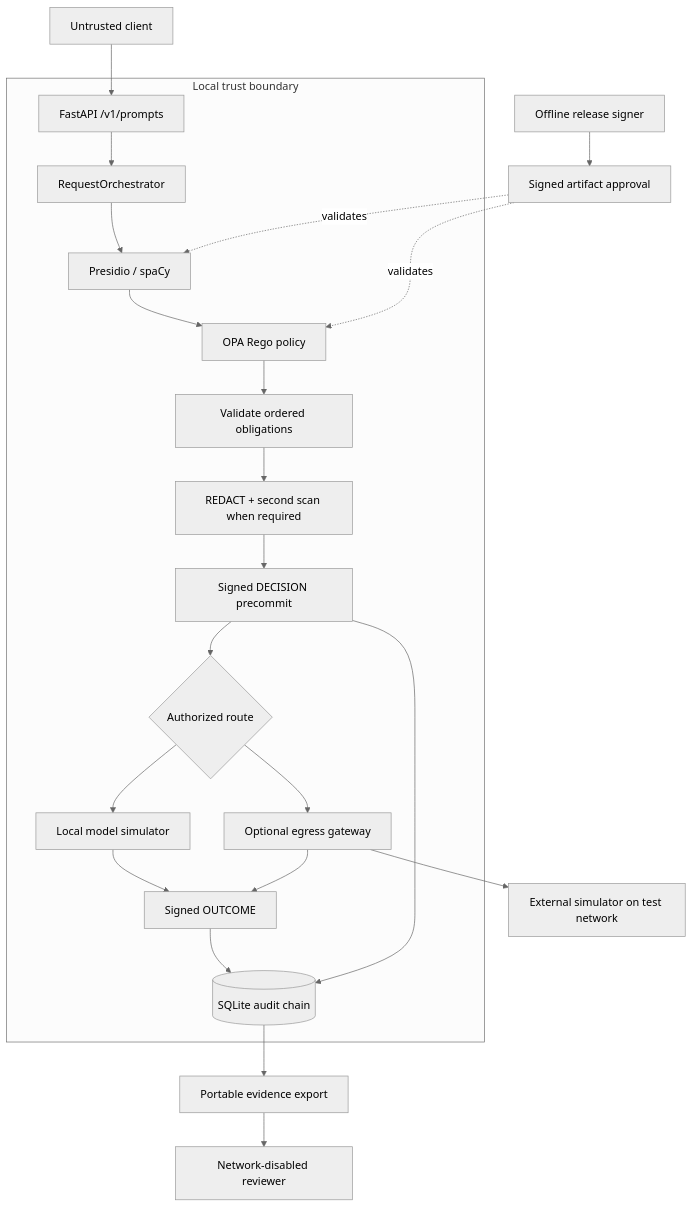
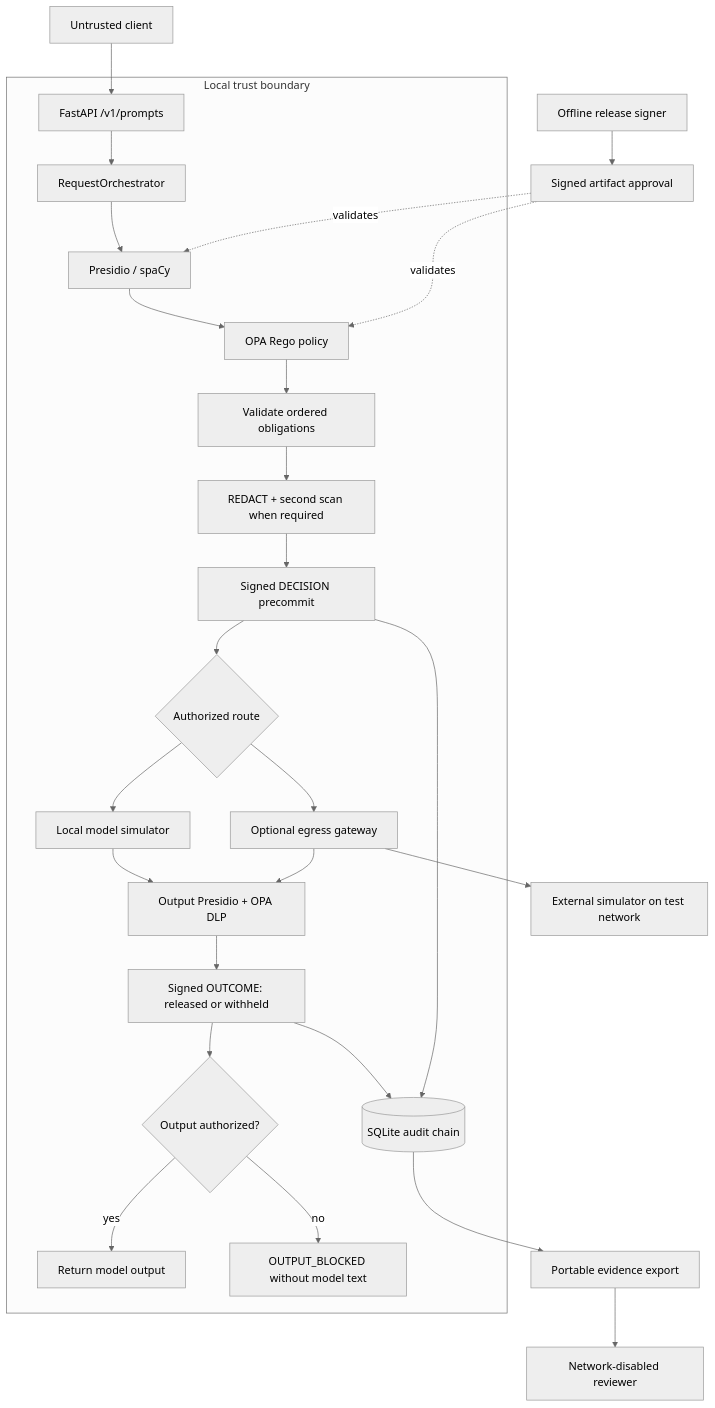
The first of 2 diagrams in docs/architecture.md (IlyaMich/sovereign-ai-control-plane), drawn with Mermaid (neutral theme) before and after one commit. The commit also changed other lines of this file and 22 other files, not shown here.

First line of the commit message:
Add fail-closed response-side DLP with OPA output policy and signed evidence (#27)

```diff
--- a/docs/architecture.md
+++ b/docs/architecture.md
@@ -20,25 +22,29 @@
 ~~~mermaid
 flowchart TD
     Client[Untrusted client] --> API[FastAPI /v1/prompts]
     subgraph Local[Local trust boundary]
         API --> O[RequestOrchestrator]
         O --> D[Presidio / spaCy]
         D --> P[OPA Rego policy]
         P --> V[Validate ordered obligations]
         V --> R[REDACT + second scan when required]
         R --> A[Signed DECISION precommit]
         A --> E{Authorized route}
         E --> M[Local model simulator]
         E --> G[Optional egress gateway]
-        M --> OUT[Signed OUTCOME]
-        G --> OUT
+        M --> OD[Output Presidio + OPA DLP]
+        G --> OD
+        OD --> OUT[Signed OUTCOME: released or withheld]
         OUT --> DB[(SQLite audit chain)]
+        OUT --> RETURN{Output authorized?}
+        RETURN -->|yes| DELIVER[Return model output]
+        RETURN -->|no| WITHHOLD[OUTPUT_BLOCKED without model text]
         A --> DB
     end
     G --> X[External simulator on test network]
     Signer[Offline release signer] --> Approval[Signed artifact approval]
     Approval -. validates .-> P
     Approval -. validates .-> D
     DB --> Export[Portable evidence export]
     Export --> Reviewer[Network-disabled reviewer]
 ~~~
```
